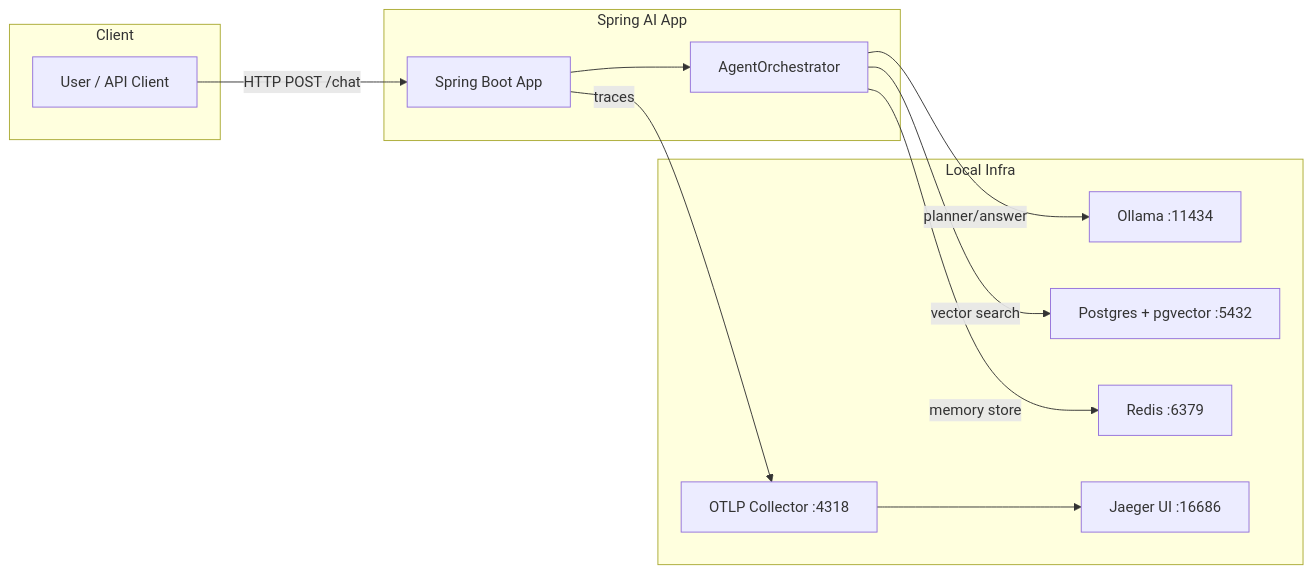
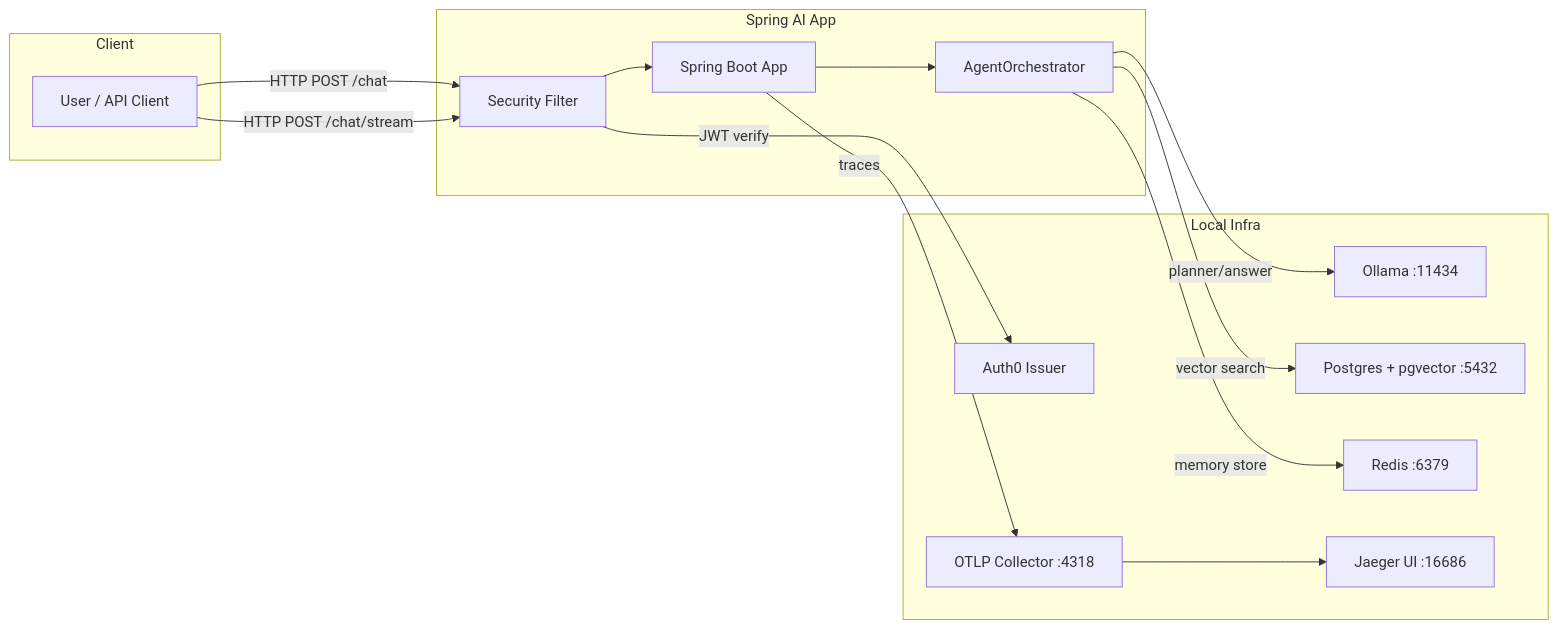
The second of 4 diagrams in src/main/resources/architecture.md (sebsibegetachew21-hue/spring-ai-app), drawn with Mermaid before and after one commit. The commit also changed other lines of this file and 6 other files, not shown here.

Commit message:
added JWT security

````diff
--- a/src/main/resources/architecture.md
+++ b/src/main/resources/architecture.md
@@ -32,27 +35,32 @@
 ```mermaid
 flowchart LR
     subgraph Client
         A[User / API Client]
     end
 
     subgraph SpringAI["Spring AI App"]
-        B[Spring Boot App]
-        C[AgentOrchestrator]
+        B[Security Filter]
+        C[Spring Boot App]
+        D[AgentOrchestrator]
     end
 
     subgraph Infra["Local Infra"]
-        D[Ollama :11434]
-        E[Postgres + pgvector :5432]
-        F[Redis :6379]
-        G[Jaeger UI :16686]
+        O[Ollama :11434]
+        P[Postgres + pgvector :5432]
+        R[Redis :6379]
+        I[Auth0 Issuer]
+        J[Jaeger UI :16686]
         H[OTLP Collector :4318]
     end
 
     A -->|HTTP POST /chat| B
+    A -->|HTTP POST /chat/stream| B
+    B -->|JWT verify| I
     B --> C
-    C -->|planner/answer| D
-    C -->|vector search| E
-    C -->|memory store| F
-    B -->|traces| H
-    H --> G
+    C --> D
+    D -->|planner/answer| O
+    D -->|vector search| P
+    D -->|memory store| R
+    C -->|traces| H
+    H --> J
 ```
````
